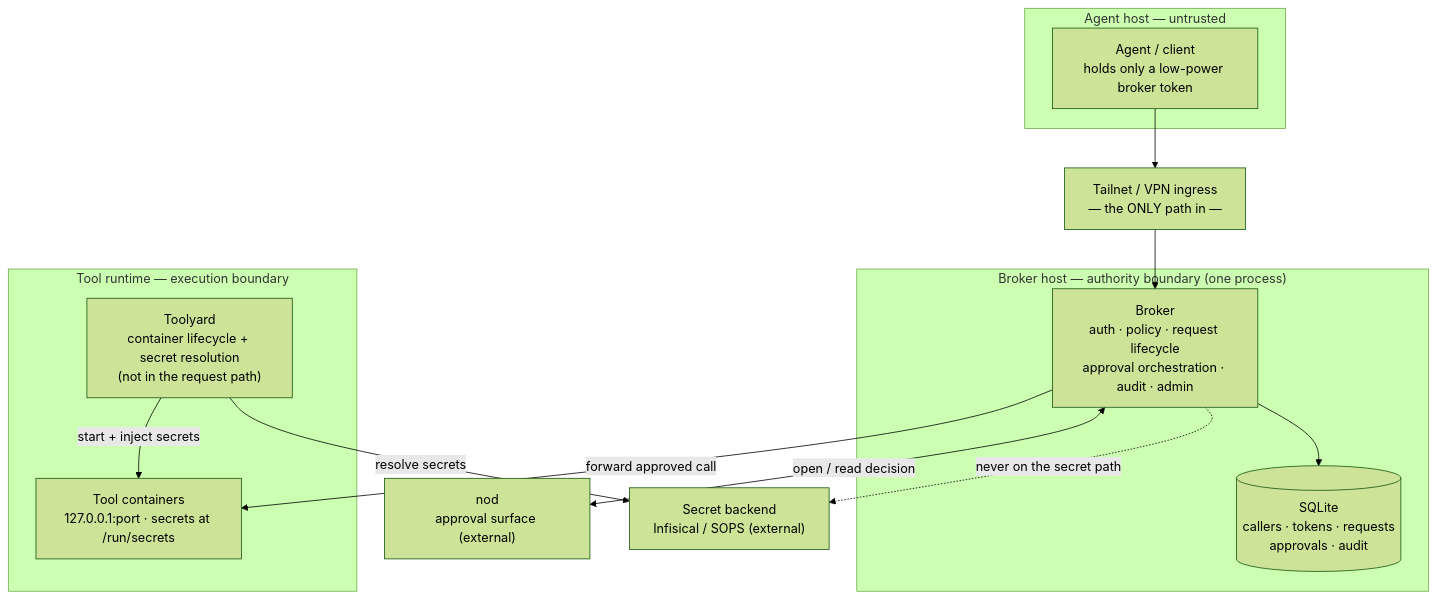
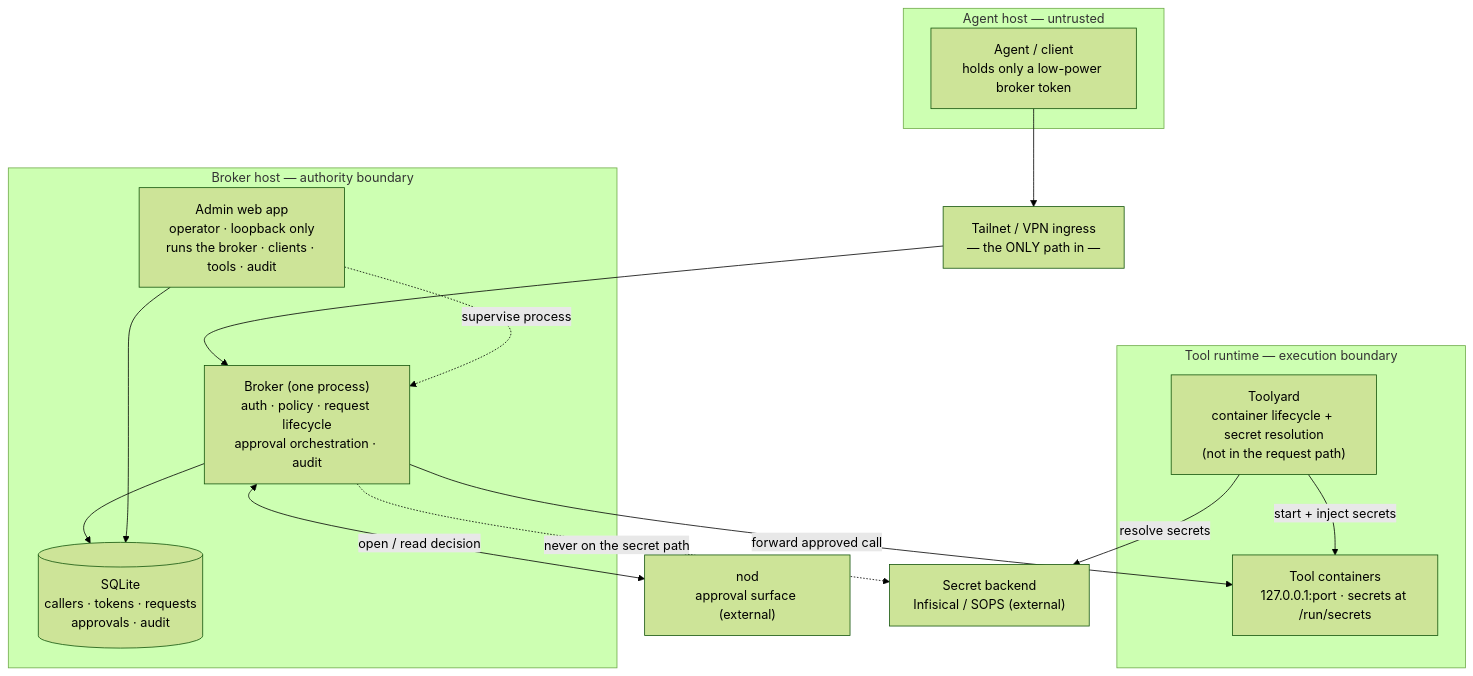
The diagram in docs/walkthrough.md (batteryshark/Toolstack), drawn with Mermaid (forest theme) before and after one commit. The commit also changed other lines of this file, not shown here.

First line of the commit message:
Update walkthrough to reflect the admin app and current state

````diff
--- a/docs/walkthrough.md
+++ b/docs/walkthrough.md
@@ -52,25 +56,28 @@
 ```mermaid
 flowchart TB
     subgraph Untrusted["Agent host — untrusted"]
         Agent["Agent / client<br/>holds only a low-power broker token"]
     end
     Ingress["Tailnet / VPN ingress<br/>— the ONLY path in —"]
-    subgraph BrokerHost["Broker host — authority boundary (one process)"]
-        Broker["Broker<br/>auth · policy · request lifecycle<br/>approval orchestration · audit · admin"]
+    subgraph BrokerHost["Broker host — authority boundary"]
+        Broker["Broker (one process)<br/>auth · policy · request lifecycle<br/>approval orchestration · audit"]
         DB[("SQLite<br/>callers · tokens · requests<br/>approvals · audit")]
+        Admin["Admin web app<br/>operator · loopback only<br/>runs the broker · clients · tools · audit"]
     end
     subgraph Workload["Tool runtime — execution boundary"]
         Toolyard["Toolyard<br/>container lifecycle + secret resolution<br/>(not in the request path)"]
         Tools["Tool containers<br/>127.0.0.1:port · secrets at /run/secrets"]
     end
     Nod["nod<br/>approval surface (external)"]
     Vault["Secret backend<br/>Infisical / SOPS (external)"]
 
     Agent --> Ingress --> Broker
     Broker --> DB
     Broker -->|forward approved call| Tools
     Toolyard -->|start + inject secrets| Tools
     Broker <-->|open / read decision| Nod
     Toolyard -->|resolve secrets| Vault
     Broker -. never on the secret path .-> Vault
+    Admin -. supervise process .-> Broker
+    Admin --> DB
 ```
````
